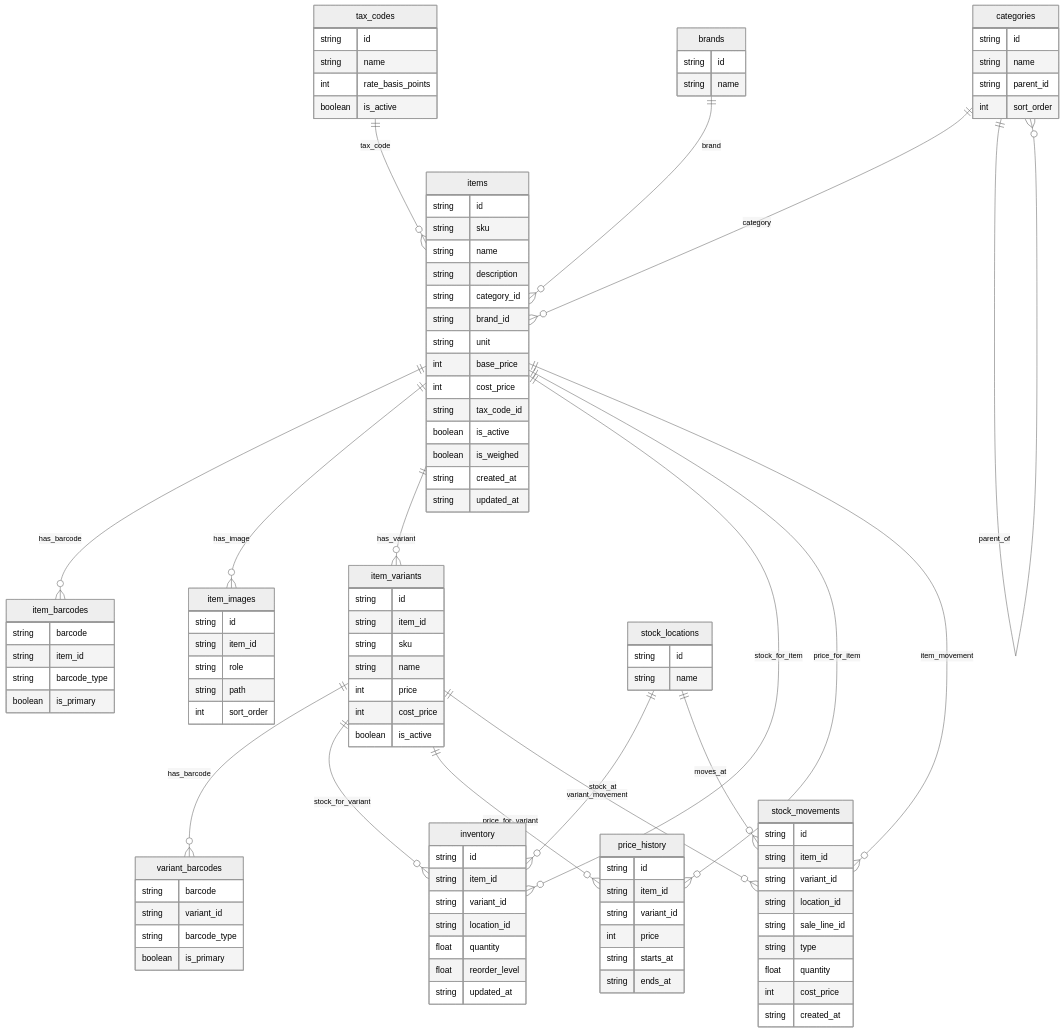
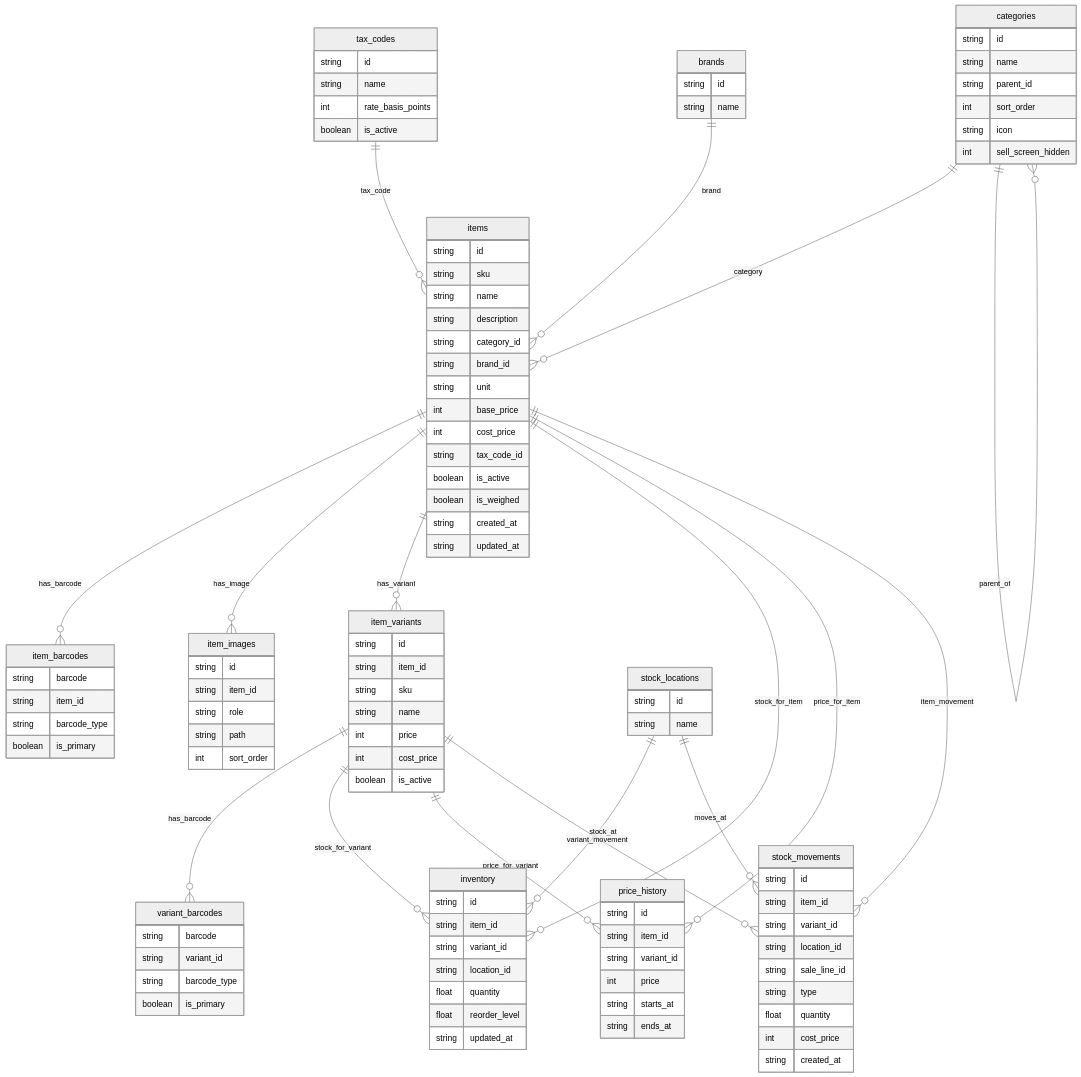
Before and after one commit to universaltill/universal-till: the second of 4 diagrams in docs/data-model.md, drawn with Mermaid (neutral theme). The commit also changed 8 other files, not shown here.

First line of the commit message:
db: migration 041 adds categories.icon and sell_screen_hidden

```diff
--- a/docs/data-model.md
+++ b/docs/data-model.md
@@ -208,6 +208,8 @@
         string name
         string parent_id
         int    sort_order
+        string icon
+        int    sell_screen_hidden
     }
 
     brands {
```
